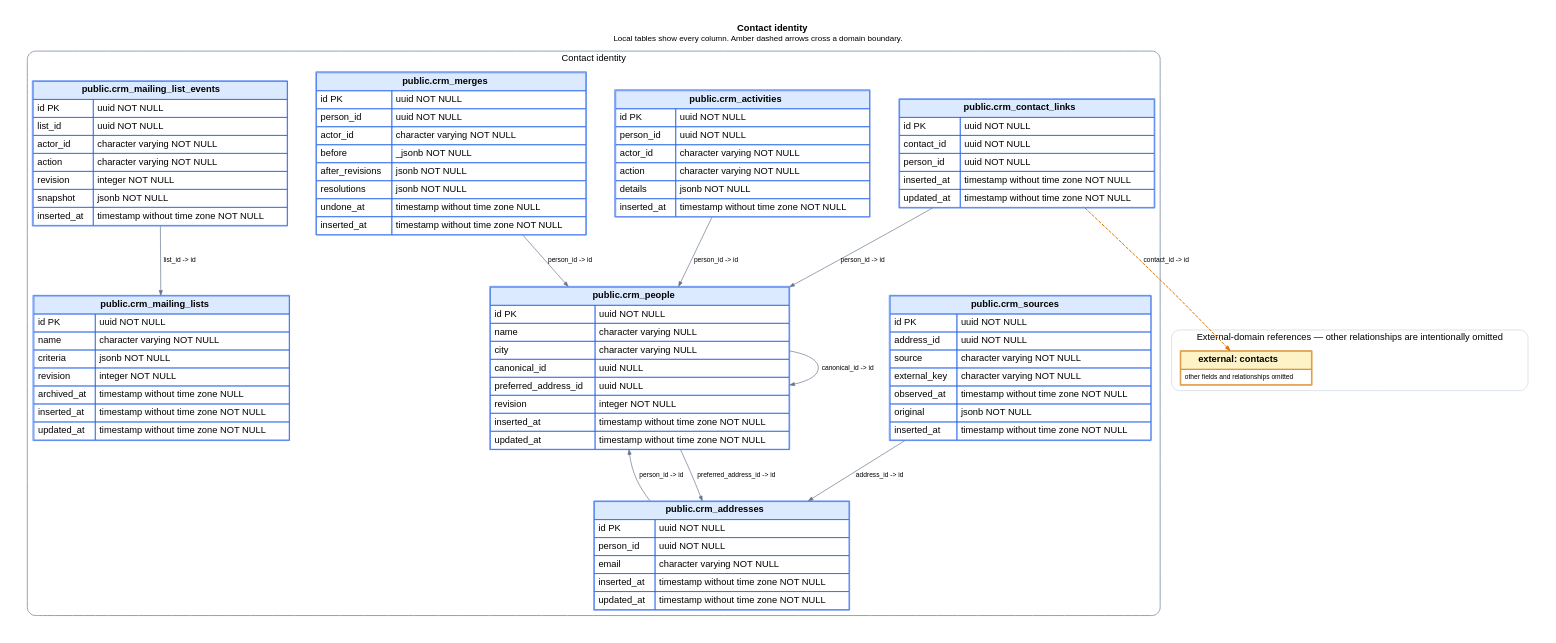
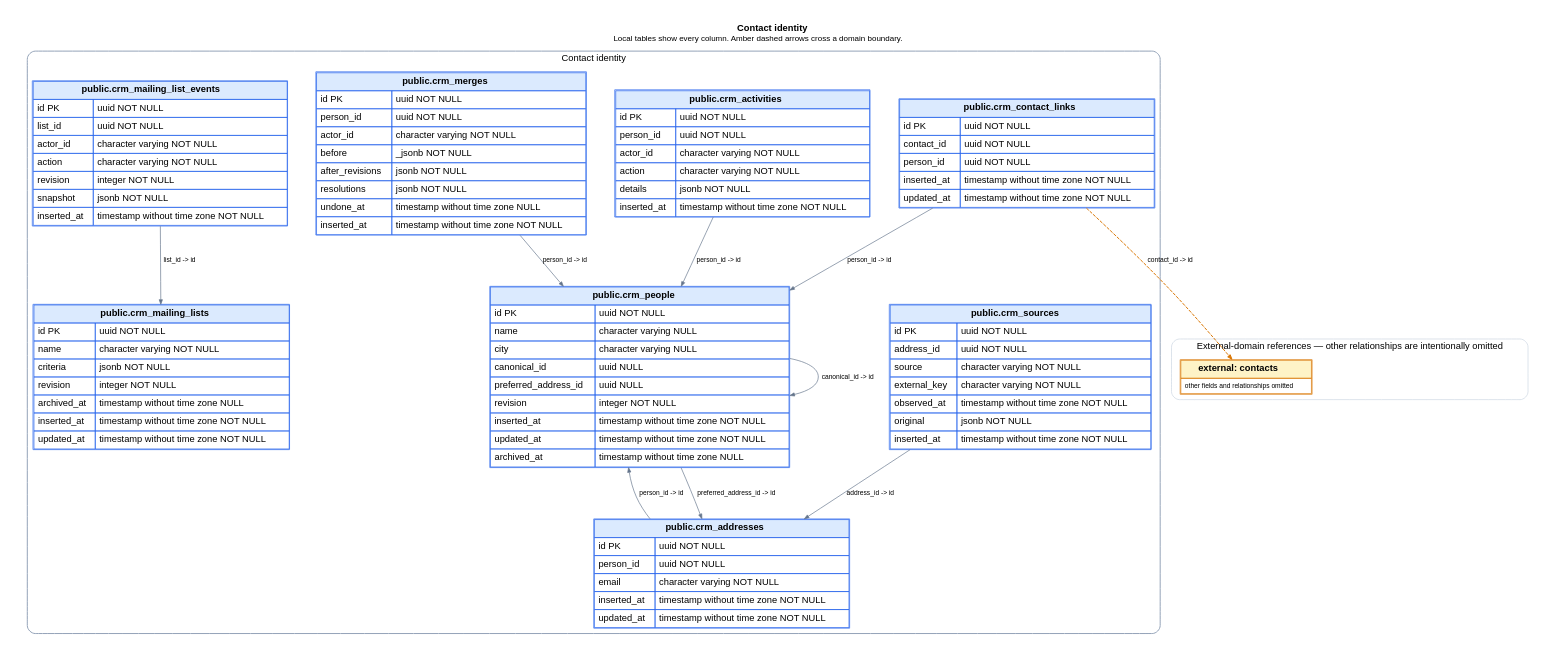
Before and after one commit to ogourment/pauseai.ca-website: the diagram in docs/schema/domains/crm.dot, drawn with Graphviz. The commit also changed 25 other files, not shown here.

```diff
--- a/docs/schema/domains/crm.dot
+++ b/docs/schema/domains/crm.dot
@@ -1,94 +1,94 @@
 digraph crm {
   graph [rankdir=TB, bgcolor="white", pad=0.35, nodesep=0.6, ranksep=0.9, fontname="Helvetica"];
   node [shape=plain, fontname="Helvetica"];
   edge [fontname="Helvetica", fontsize=10, arrowsize=0.7];
   labelloc="t";
   label=< <B>Contact identity</B><BR/><FONT POINT-SIZE="12">Local tables show every column. Amber dashed arrows cross a domain boundary.</FONT> >;
 
   subgraph cluster_local {
     label="Contact identity";
     color="#94a3b8";
     penwidth=1.5;
     style="rounded";
   "crm_people" [label=<
     <TABLE BORDER="1" CELLBORDER="1" CELLSPACING="0" CELLPADDING="5" COLOR="#2563eb">
       <TR><TD BGCOLOR="#dbeafe" COLSPAN="2"><B>public.crm_people</B></TD></TR>
-      <TR><TD ALIGN="LEFT">id PK</TD><TD ALIGN="LEFT">uuid NOT NULL</TD></TR><TR><TD ALIGN="LEFT">name</TD><TD ALIGN="LEFT">character varying NULL</TD></TR><TR><TD ALIGN="LEFT">city</TD><TD ALIGN="LEFT">character varying NULL</TD></TR><TR><TD ALIGN="LEFT">canonical_id</TD><TD ALIGN="LEFT">uuid NULL</TD></TR><TR><TD ALIGN="LEFT">preferred_address_id</TD><TD ALIGN="LEFT">uuid NULL</TD></TR><TR><TD ALIGN="LEFT">revision</TD><TD ALIGN="LEFT">integer NOT NULL</TD></TR><TR><TD ALIGN="LEFT">inserted_at</TD><TD ALIGN="LEFT">timestamp without time zone NOT NULL</TD></TR><TR><TD ALIGN="LEFT">updated_at</TD><TD ALIGN="LEFT">timestamp without time zone NOT NULL</TD></TR>
+      <TR><TD ALIGN="LEFT">id PK</TD><TD ALIGN="LEFT">uuid NOT NULL</TD></TR><TR><TD ALIGN="LEFT">name</TD><TD ALIGN="LEFT">character varying NULL</TD></TR><TR><TD ALIGN="LEFT">city</TD><TD ALIGN="LEFT">character varying NULL</TD></TR><TR><TD ALIGN="LEFT">canonical_id</TD><TD ALIGN="LEFT">uuid NULL</TD></TR><TR><TD ALIGN="LEFT">preferred_address_id</TD><TD ALIGN="LEFT">uuid NULL</TD></TR><TR><TD ALIGN="LEFT">revision</TD><TD ALIGN="LEFT">integer NOT NULL</TD></TR><TR><TD ALIGN="LEFT">inserted_at</TD><TD ALIGN="LEFT">timestamp without time zone NOT NULL</TD></TR><TR><TD ALIGN="LEFT">updated_at</TD><TD ALIGN="LEFT">timestamp without time zone NOT NULL</TD></TR><TR><TD ALIGN="LEFT">archived_at</TD><TD ALIGN="LEFT">timestamp without time zone NULL</TD></TR>
     </TABLE>
   >];
 
   "crm_addresses" [label=<
     <TABLE BORDER="1" CELLBORDER="1" CELLSPACING="0" CELLPADDING="5" COLOR="#2563eb">
       <TR><TD BGCOLOR="#dbeafe" COLSPAN="2"><B>public.crm_addresses</B></TD></TR>
       <TR><TD ALIGN="LEFT">id PK</TD><TD ALIGN="LEFT">uuid NOT NULL</TD></TR><TR><TD ALIGN="LEFT">person_id</TD><TD ALIGN="LEFT">uuid NOT NULL</TD></TR><TR><TD ALIGN="LEFT">email</TD><TD ALIGN="LEFT">character varying NOT NULL</TD></TR><TR><TD ALIGN="LEFT">inserted_at</TD><TD ALIGN="LEFT">timestamp without time zone NOT NULL</TD></TR><TR><TD ALIGN="LEFT">updated_at</TD><TD ALIGN="LEFT">timestamp without time zone NOT NULL</TD></TR>
     </TABLE>
   >];
 
   "crm_sources" [label=<
     <TABLE BORDER="1" CELLBORDER="1" CELLSPACING="0" CELLPADDING="5" COLOR="#2563eb">
       <TR><TD BGCOLOR="#dbeafe" COLSPAN="2"><B>public.crm_sources</B></TD></TR>
       <TR><TD ALIGN="LEFT">id PK</TD><TD ALIGN="LEFT">uuid NOT NULL</TD></TR><TR><TD ALIGN="LEFT">address_id</TD><TD ALIGN="LEFT">uuid NOT NULL</TD></TR><TR><TD ALIGN="LEFT">source</TD><TD ALIGN="LEFT">character varying NOT NULL</TD></TR><TR><TD ALIGN="LEFT">external_key</TD><TD ALIGN="LEFT">character varying NOT NULL</TD></TR><TR><TD ALIGN="LEFT">observed_at</TD><TD ALIGN="LEFT">timestamp without time zone NOT NULL</TD></TR><TR><TD ALIGN="LEFT">original</TD><TD ALIGN="LEFT">jsonb NOT NULL</TD></TR><TR><TD ALIGN="LEFT">inserted_at</TD><TD ALIGN="LEFT">timestamp without time zone NOT NULL</TD></TR>
     </TABLE>
   >];
 
   "crm_activities" [label=<
     <TABLE BORDER="1" CELLBORDER="1" CELLSPACING="0" CELLPADDING="5" COLOR="#2563eb">
       <TR><TD BGCOLOR="#dbeafe" COLSPAN="2"><B>public.crm_activities</B></TD></TR>
       <TR><TD ALIGN="LEFT">id PK</TD><TD ALIGN="LEFT">uuid NOT NULL</TD></TR><TR><TD ALIGN="LEFT">person_id</TD><TD ALIGN="LEFT">uuid NOT NULL</TD></TR><TR><TD ALIGN="LEFT">actor_id</TD><TD ALIGN="LEFT">character varying NOT NULL</TD></TR><TR><TD ALIGN="LEFT">action</TD><TD ALIGN="LEFT">character varying NOT NULL</TD></TR><TR><TD ALIGN="LEFT">details</TD><TD ALIGN="LEFT">jsonb NOT NULL</TD></TR><TR><TD ALIGN="LEFT">inserted_at</TD><TD ALIGN="LEFT">timestamp without time zone NOT NULL</TD></TR>
     </TABLE>
   >];
 
   "crm_merges" [label=<
     <TABLE BORDER="1" CELLBORDER="1" CELLSPACING="0" CELLPADDING="5" COLOR="#2563eb">
       <TR><TD BGCOLOR="#dbeafe" COLSPAN="2"><B>public.crm_merges</B></TD></TR>
       <TR><TD ALIGN="LEFT">id PK</TD><TD ALIGN="LEFT">uuid NOT NULL</TD></TR><TR><TD ALIGN="LEFT">person_id</TD><TD ALIGN="LEFT">uuid NOT NULL</TD></TR><TR><TD ALIGN="LEFT">actor_id</TD><TD ALIGN="LEFT">character varying NOT NULL</TD></TR><TR><TD ALIGN="LEFT">before</TD><TD ALIGN="LEFT">_jsonb NOT NULL</TD></TR><TR><TD ALIGN="LEFT">after_revisions</TD><TD ALIGN="LEFT">jsonb NOT NULL</TD></TR><TR><TD ALIGN="LEFT">resolutions</TD><TD ALIGN="LEFT">jsonb NOT NULL</TD></TR><TR><TD ALIGN="LEFT">undone_at</TD><TD ALIGN="LEFT">timestamp without time zone NULL</TD></TR><TR><TD ALIGN="LEFT">inserted_at</TD><TD ALIGN="LEFT">timestamp without time zone NOT NULL</TD></TR>
     </TABLE>
   >];
 
   "crm_contact_links" [label=<
     <TABLE BORDER="1" CELLBORDER="1" CELLSPACING="0" CELLPADDING="5" COLOR="#2563eb">
       <TR><TD BGCOLOR="#dbeafe" COLSPAN="2"><B>public.crm_contact_links</B></TD></TR>
       <TR><TD ALIGN="LEFT">id PK</TD><TD ALIGN="LEFT">uuid NOT NULL</TD></TR><TR><TD ALIGN="LEFT">contact_id</TD><TD ALIGN="LEFT">uuid NOT NULL</TD></TR><TR><TD ALIGN="LEFT">person_id</TD><TD ALIGN="LEFT">uuid NOT NULL</TD></TR><TR><TD ALIGN="LEFT">inserted_at</TD><TD ALIGN="LEFT">timestamp without time zone NOT NULL</TD></TR><TR><TD ALIGN="LEFT">updated_at</TD><TD ALIGN="LEFT">timestamp without time zone NOT NULL</TD></TR>
     </TABLE>
   >];
 
   "crm_mailing_lists" [label=<
     <TABLE BORDER="1" CELLBORDER="1" CELLSPACING="0" CELLPADDING="5" COLOR="#2563eb">
       <TR><TD BGCOLOR="#dbeafe" COLSPAN="2"><B>public.crm_mailing_lists</B></TD></TR>
       <TR><TD ALIGN="LEFT">id PK</TD><TD ALIGN="LEFT">uuid NOT NULL</TD></TR><TR><TD ALIGN="LEFT">name</TD><TD ALIGN="LEFT">character varying NOT NULL</TD></TR><TR><TD ALIGN="LEFT">criteria</TD><TD ALIGN="LEFT">jsonb NOT NULL</TD></TR><TR><TD ALIGN="LEFT">revision</TD><TD ALIGN="LEFT">integer NOT NULL</TD></TR><TR><TD ALIGN="LEFT">archived_at</TD><TD ALIGN="LEFT">timestamp without time zone NULL</TD></TR><TR><TD ALIGN="LEFT">inserted_at</TD><TD ALIGN="LEFT">timestamp without time zone NOT NULL</TD></TR><TR><TD ALIGN="LEFT">updated_at</TD><TD ALIGN="LEFT">timestamp without time zone NOT NULL</TD></TR>
     </TABLE>
   >];
 
   "crm_mailing_list_events" [label=<
     <TABLE BORDER="1" CELLBORDER="1" CELLSPACING="0" CELLPADDING="5" COLOR="#2563eb">
       <TR><TD BGCOLOR="#dbeafe" COLSPAN="2"><B>public.crm_mailing_list_events</B></TD></TR>
       <TR><TD ALIGN="LEFT">id PK</TD><TD ALIGN="LEFT">uuid NOT NULL</TD></TR><TR><TD ALIGN="LEFT">list_id</TD><TD ALIGN="LEFT">uuid NOT NULL</TD></TR><TR><TD ALIGN="LEFT">actor_id</TD><TD ALIGN="LEFT">character varying NOT NULL</TD></TR><TR><TD ALIGN="LEFT">action</TD><TD ALIGN="LEFT">character varying NOT NULL</TD></TR><TR><TD ALIGN="LEFT">revision</TD><TD ALIGN="LEFT">integer NOT NULL</TD></TR><TR><TD ALIGN="LEFT">snapshot</TD><TD ALIGN="LEFT">jsonb NOT NULL</TD></TR><TR><TD ALIGN="LEFT">inserted_at</TD><TD ALIGN="LEFT">timestamp without time zone NOT NULL</TD></TR>
     </TABLE>
   >];
 
   }
 
   subgraph cluster_external {
     label="External-domain references — other relationships are intentionally omitted";
     color="#cbd5e1";
     penwidth=1;
     style="rounded";
   "contacts" [label=<
     <TABLE BORDER="1" CELLBORDER="1" CELLSPACING="0" CELLPADDING="5" COLOR="#d97706">
       <TR><TD BGCOLOR="#fef3c7"><B>external: contacts</B></TD></TR>
       <TR><TD><FONT POINT-SIZE="10">other fields and relationships omitted</FONT></TD></TR>
     </TABLE>
   >];
 
   }
 
   "crm_activities" -> "crm_people" [label="person_id -> id", color="#64748b"];
   "crm_addresses" -> "crm_people" [label="person_id -> id", color="#64748b"];
   "crm_contact_links" -> "contacts" [label="contact_id -> id", color="#d97706", style="dashed", penwidth=1.5];
   "crm_contact_links" -> "crm_people" [label="person_id -> id", color="#64748b"];
   "crm_mailing_list_events" -> "crm_mailing_lists" [label="list_id -> id", color="#64748b"];
   "crm_merges" -> "crm_people" [label="person_id -> id", color="#64748b"];
   "crm_people" -> "crm_people" [label="canonical_id -> id", color="#64748b"];
   "crm_people" -> "crm_addresses" [label="preferred_address_id -> id", color="#64748b"];
   "crm_sources" -> "crm_addresses" [label="address_id -> id", color="#64748b"];
 }
```
